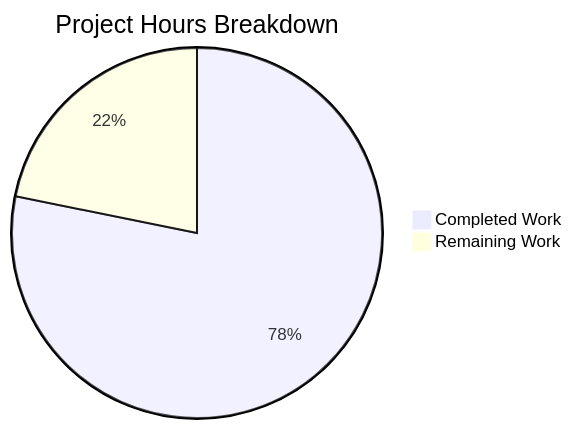
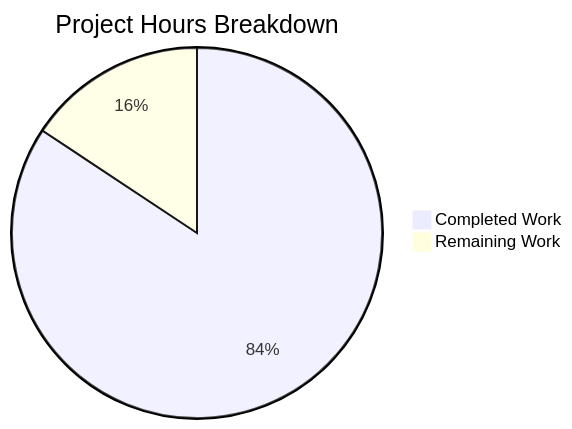
The second of 4 diagrams in blitzy/documentation/Project Guide.md (blitzy-public-samples/erpnext-frappe-sample), drawn with Mermaid before and after one commit. The commit also changed other lines of this file, not shown here.

First line of the commit message:
docs(project-guide): drop deployment hardening and browser regression suite from remaining work

````diff
--- a/blitzy/documentation/Project Guide.md
+++ b/blitzy/documentation/Project Guide.md
@@ -225,5 +221,5 @@
 ```mermaid
 pie title Project Hours Breakdown
     "Completed Work" : 301
-    "Remaining Work" : 84
+    "Remaining Work" : 56
 ```
````
